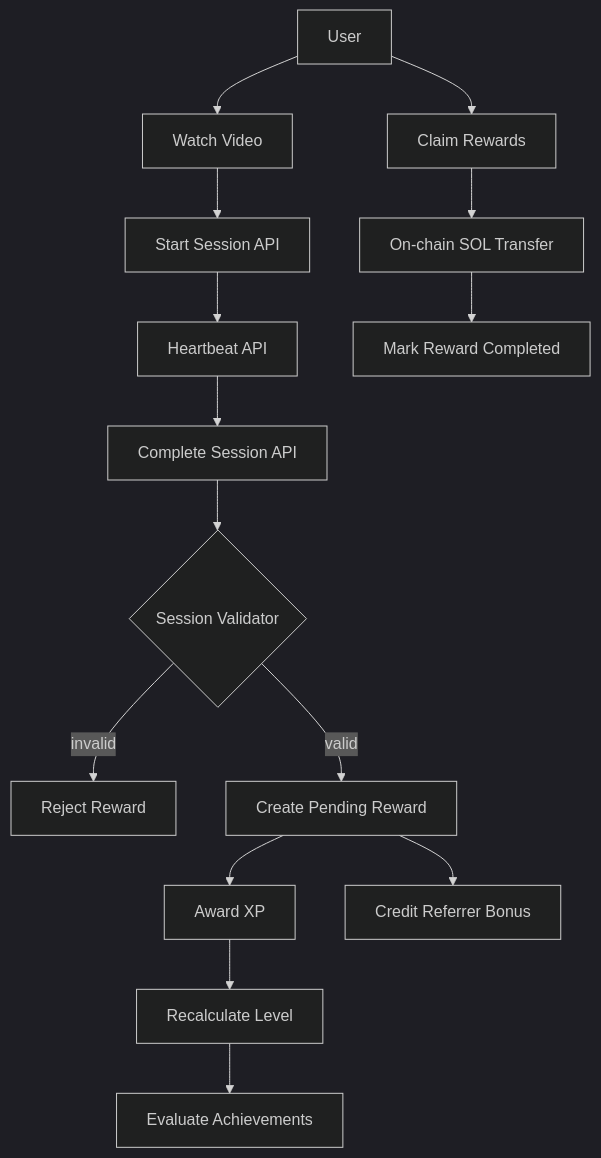
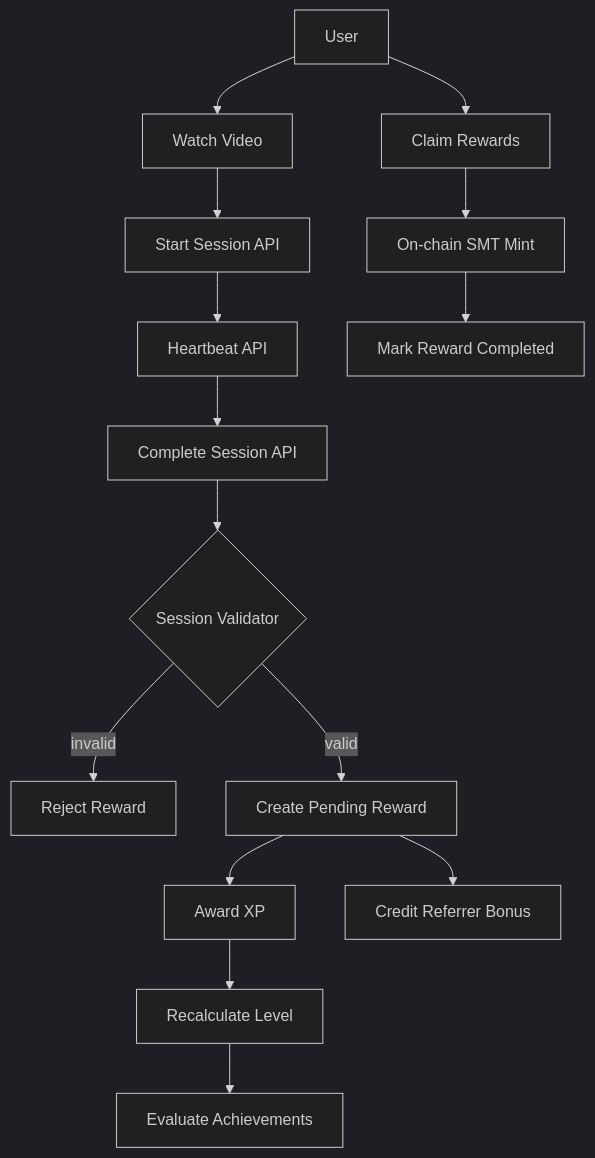
One commit to artomily/samono changed the second of 4 diagrams in README.md. Above: the diagram before and after it, drawn with Mermaid (dark theme). The commit also changed other lines of this file and 77 other files, not shown here.

````diff
--- a/README.md
+++ b/README.md
@@ -66,20 +71,20 @@
 ```mermaid
 flowchart TD
 	U[User] --> W[Watch Video]
 	W --> S[Start Session API]
 	S --> HB[Heartbeat API]
 	HB --> C[Complete Session API]
 
 	C --> V{Session Validator}
 	V -->|invalid| X[Reject Reward]
 	V -->|valid| R[Create Pending Reward]
 
 	R --> XP[Award XP]
 	XP --> LV[Recalculate Level]
 	LV --> ACH[Evaluate Achievements]
 	R --> REF[Credit Referrer Bonus]
 
 	U --> CL[Claim Rewards]
-	CL --> TX[On-chain SOL Transfer]
+	CL --> TX[On-chain SMT Mint]
 	TX --> DONE[Mark Reward Completed]
 ```
````
